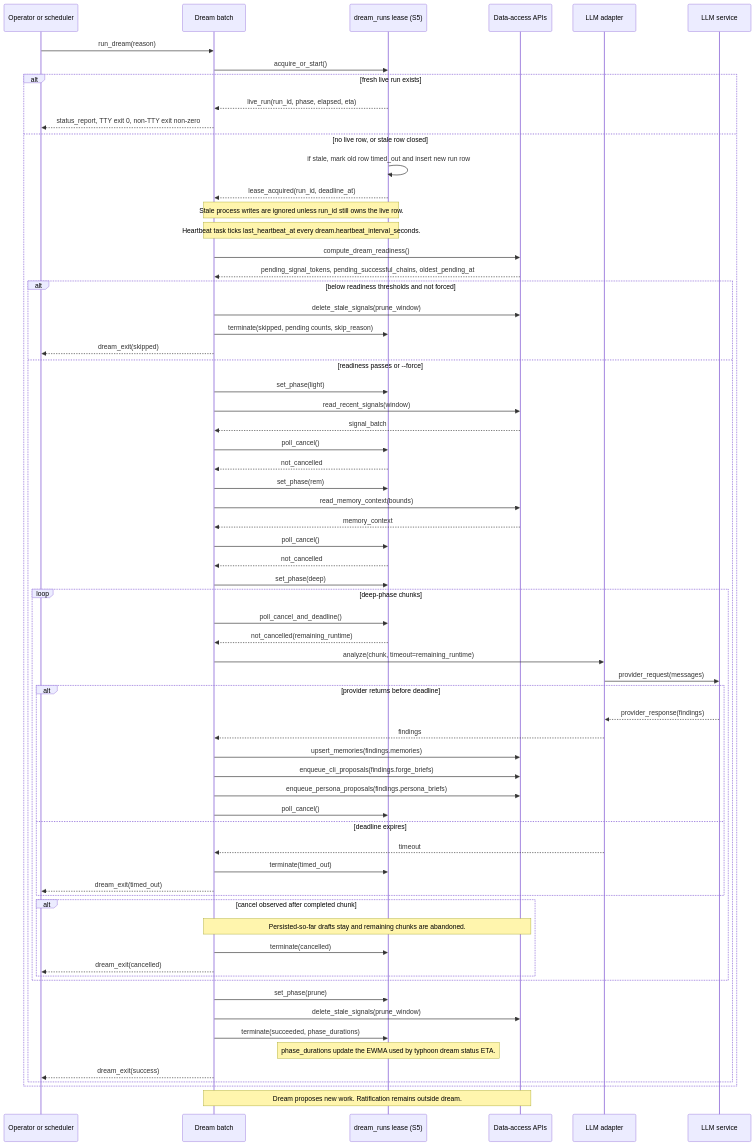
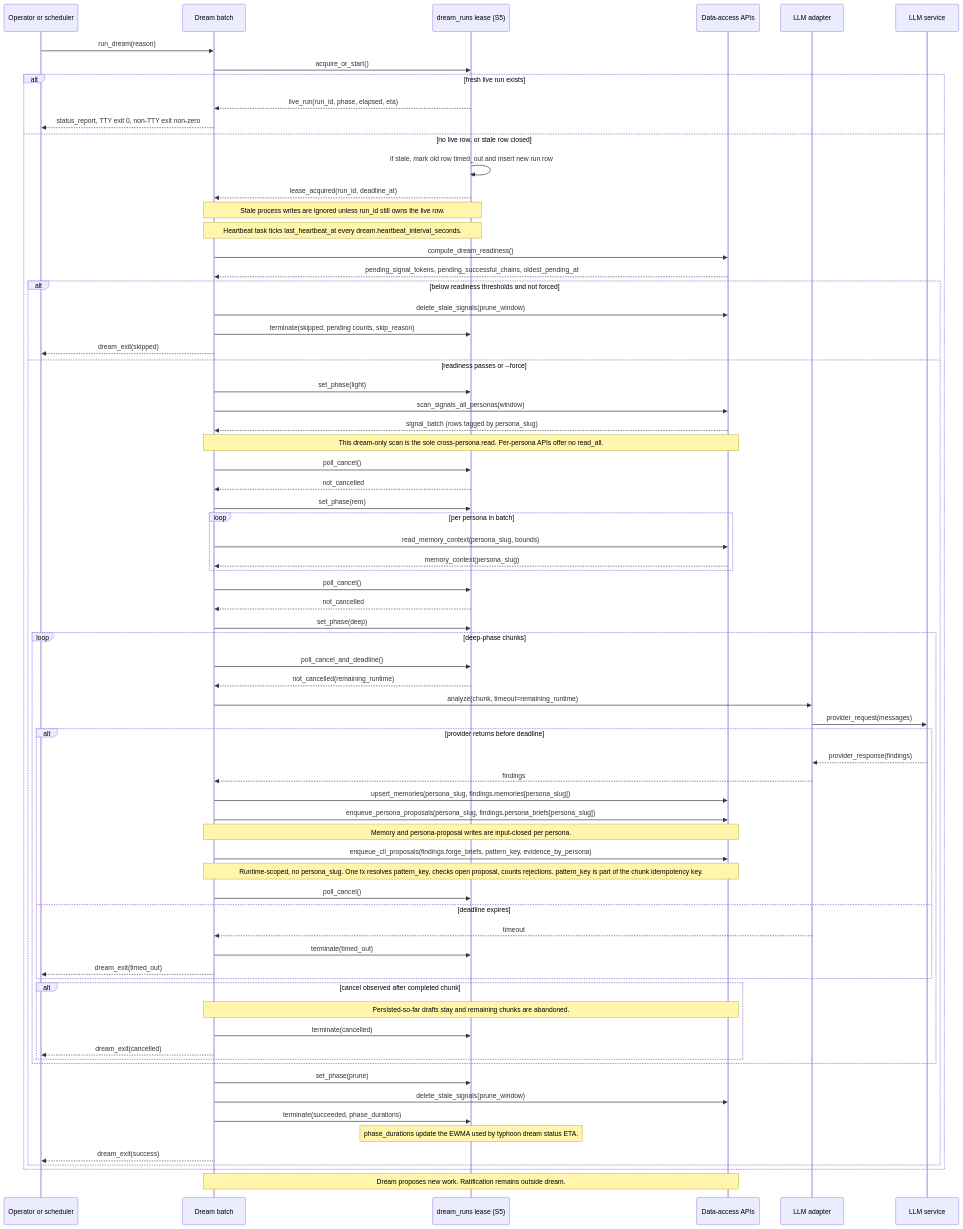
Before and after one commit to yanggf8/typhoonway: the diagram in diagrams/seq-dream.mmd, drawn with Mermaid. The commit also changed 14 other files, not shown here.

```diff
--- a/diagrams/seq-dream.mmd
+++ b/diagrams/seq-dream.mmd
@@ -1,67 +1,72 @@
 sequenceDiagram
     participant Trigger as Operator or scheduler
     participant Dream as Dream batch
     participant Lease as dream_runs lease (S5)
     participant Data as Data-access APIs
     participant LLMAdapter as LLM adapter
     participant LLM as LLM service
 
     Trigger->>Dream: run_dream(reason)
     Dream->>Lease: acquire_or_start()
     alt fresh live run exists
       Lease-->>Dream: live_run(run_id, phase, elapsed, eta)
       Dream-->>Trigger: status_report, TTY exit 0, non-TTY exit non-zero
     else no live row, or stale row closed
       Lease->>Lease: if stale, mark old row timed_out and insert new run row
       Lease-->>Dream: lease_acquired(run_id, deadline_at)
       Note over Dream,Lease: Stale process writes are ignored unless run_id still owns the live row.
       Note over Dream,Lease: Heartbeat task ticks last_heartbeat_at every dream.heartbeat_interval_seconds.
       Dream->>Data: compute_dream_readiness()
       Data-->>Dream: pending_signal_tokens, pending_successful_chains, oldest_pending_at
       alt below readiness thresholds and not forced
         Dream->>Data: delete_stale_signals(prune_window)
         Dream->>Lease: terminate(skipped, pending counts, skip_reason)
         Dream-->>Trigger: dream_exit(skipped)
       else readiness passes or --force
         Dream->>Lease: set_phase(light)
-        Dream->>Data: read_recent_signals(window)
-        Data-->>Dream: signal_batch
+        Dream->>Data: scan_signals_all_personas(window)
+        Data-->>Dream: signal_batch (rows tagged by persona_slug)
+        Note over Dream,Data: This dream-only scan is the sole cross-persona read. Per-persona APIs offer no read_all.
         Dream->>Lease: poll_cancel()
         Lease-->>Dream: not_cancelled
         Dream->>Lease: set_phase(rem)
-        Dream->>Data: read_memory_context(bounds)
-        Data-->>Dream: memory_context
+        loop per persona in batch
+          Dream->>Data: read_memory_context(persona_slug, bounds)
+          Data-->>Dream: memory_context(persona_slug)
+        end
         Dream->>Lease: poll_cancel()
         Lease-->>Dream: not_cancelled
         Dream->>Lease: set_phase(deep)
         loop deep-phase chunks
           Dream->>Lease: poll_cancel_and_deadline()
           Lease-->>Dream: not_cancelled(remaining_runtime)
           Dream->>LLMAdapter: analyze(chunk, timeout=remaining_runtime)
           LLMAdapter->>LLM: provider_request(messages)
           alt provider returns before deadline
             LLM-->>LLMAdapter: provider_response(findings)
             LLMAdapter-->>Dream: findings
-            Dream->>Data: upsert_memories(findings.memories)
-            Dream->>Data: enqueue_cli_proposals(findings.forge_briefs)
-            Dream->>Data: enqueue_persona_proposals(findings.persona_briefs)
+            Dream->>Data: upsert_memories(persona_slug, findings.memories[persona_slug])
+            Dream->>Data: enqueue_persona_proposals(persona_slug, findings.persona_briefs[persona_slug])
+            Note over Dream,Data: Memory and persona-proposal writes are input-closed per persona.
+            Dream->>Data: enqueue_cli_proposals(findings.forge_briefs, pattern_key, evidence_by_persona)
+            Note over Dream,Data: Runtime-scoped, no persona_slug. One tx resolves pattern_key, checks open proposal, counts rejections. pattern_key is part of the chunk idempotency key.
             Dream->>Lease: poll_cancel()
           else deadline expires
             LLMAdapter-->>Dream: timeout
             Dream->>Lease: terminate(timed_out)
             Dream-->>Trigger: dream_exit(timed_out)
           end
           alt cancel observed after completed chunk
             Note over Dream,Data: Persisted-so-far drafts stay and remaining chunks are abandoned.
             Dream->>Lease: terminate(cancelled)
             Dream-->>Trigger: dream_exit(cancelled)
           end
         end
         Dream->>Lease: set_phase(prune)
         Dream->>Data: delete_stale_signals(prune_window)
         Dream->>Lease: terminate(succeeded, phase_durations)
         Note over Lease: phase_durations update the EWMA used by typhoon dream status ETA.
         Dream-->>Trigger: dream_exit(success)
       end
     end
     Note over Dream,Data: Dream proposes new work. Ratification remains outside dream.
```
